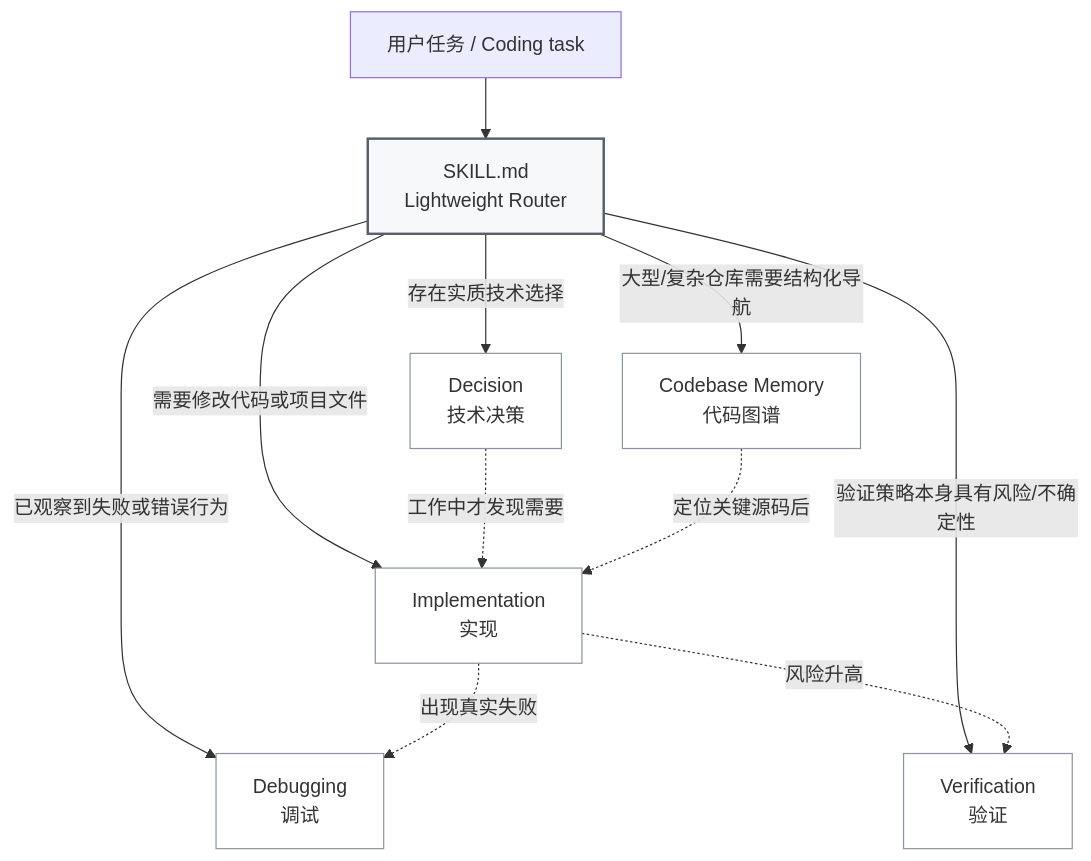
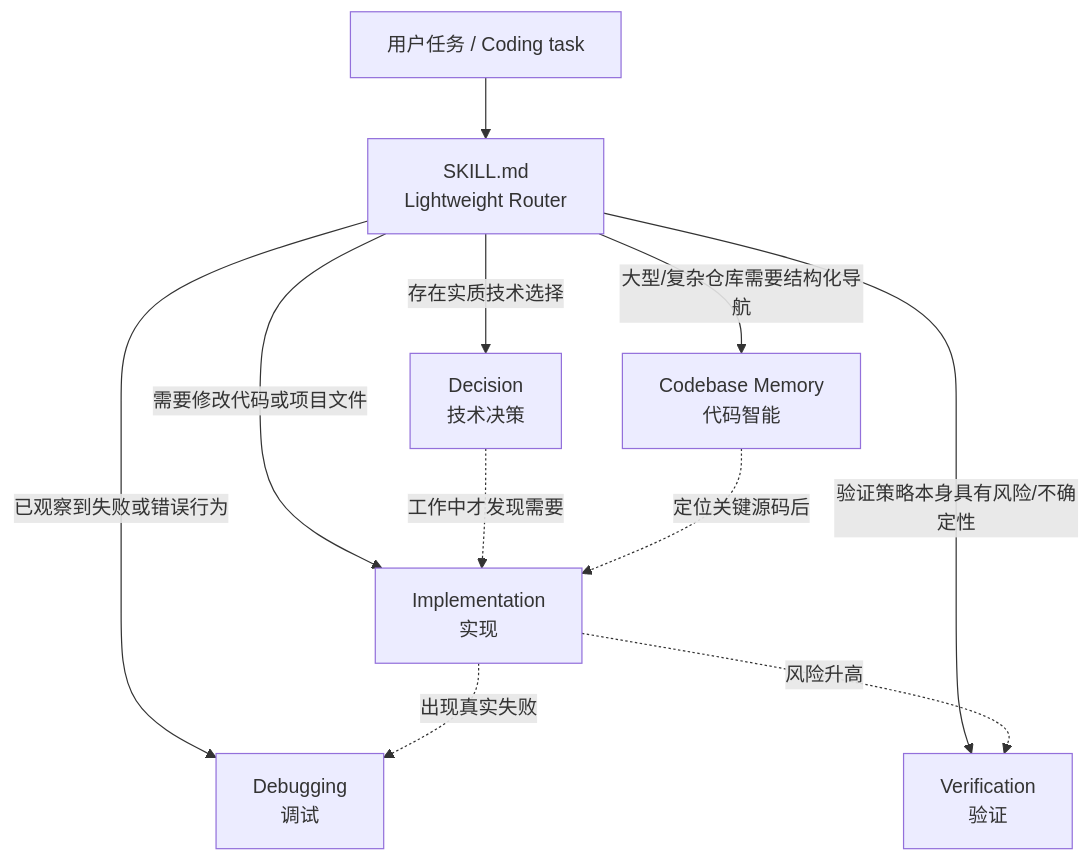
Before and after one commit to Hubujiu/practical-coding: the first of 2 diagrams in README.md, drawn with Mermaid. The commit also changed other lines of this file and 14 other files, not shown here.

Commit message:
refactor: use upstream Codebase Memory directly

````diff
--- a/README.md
+++ b/README.md
@@ -29,20 +30,15 @@
 ```mermaid
 flowchart TB
     T["用户任务 / Coding task"] --> R["SKILL.md<br/>Lightweight Router"]
 
     R -->|"存在实质技术选择"| D["Decision<br/>技术决策"]
     R -->|"需要修改代码或项目文件"| I["Implementation<br/>实现"]
     R -->|"已观察到失败或错误行为"| G["Debugging<br/>调试"]
     R -->|"验证策略本身具有风险/不确定性"| V["Verification<br/>验证"]
-    R -->|"大型/复杂仓库需要结构化导航"| M["Codebase Memory<br/>代码图谱"]
+    R -->|"大型/复杂仓库需要结构化导航"| M["Codebase Memory<br/>代码智能"]
 
     D -. "工作中才发现需要" .-> I
     I -. "出现真实失败" .-> G
     I -. "风险升高" .-> V
     M -. "定位关键源码后" .-> I
-
-    classDef router fill:#f6f8fa,stroke:#57606a,stroke-width:2px;
-    classDef module fill:#ffffff,stroke:#8c959f,stroke-width:1px;
-    class R router;
-    class D,I,G,V,M module;
 ```
````
